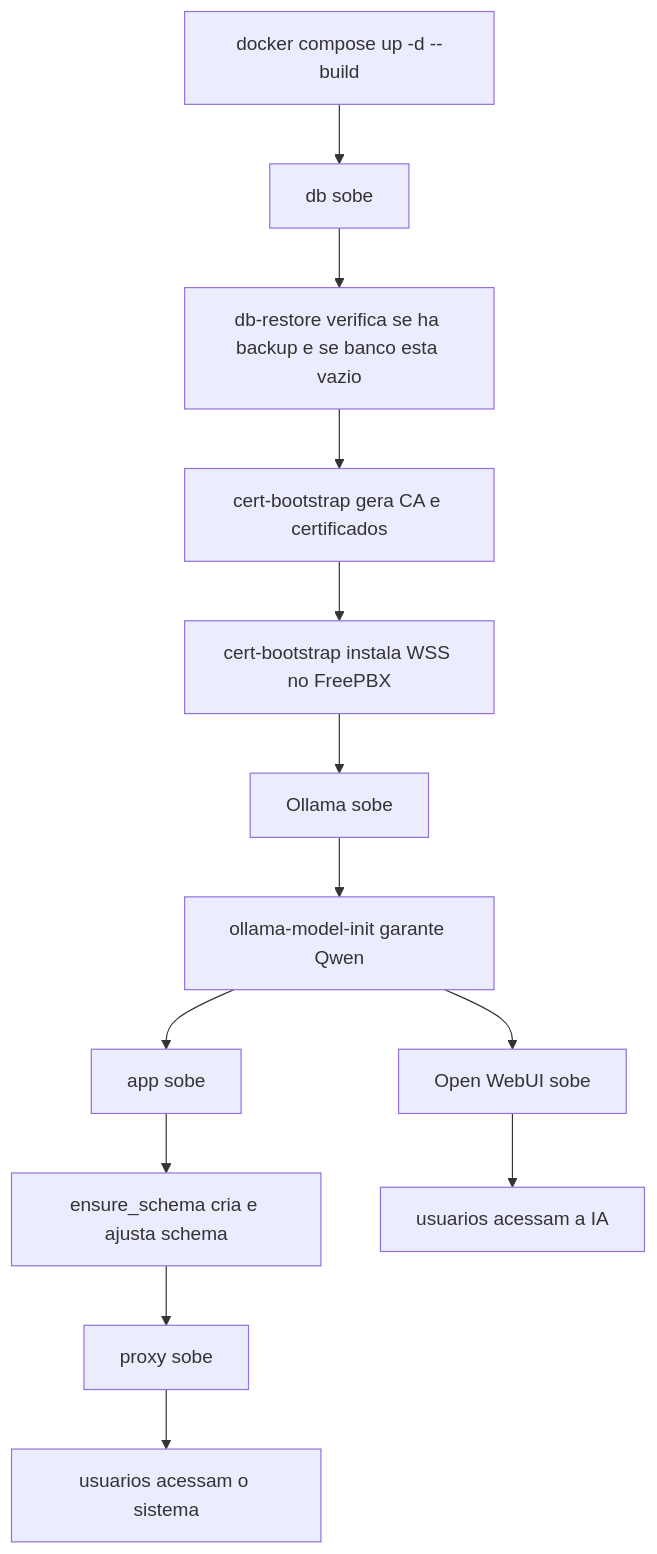
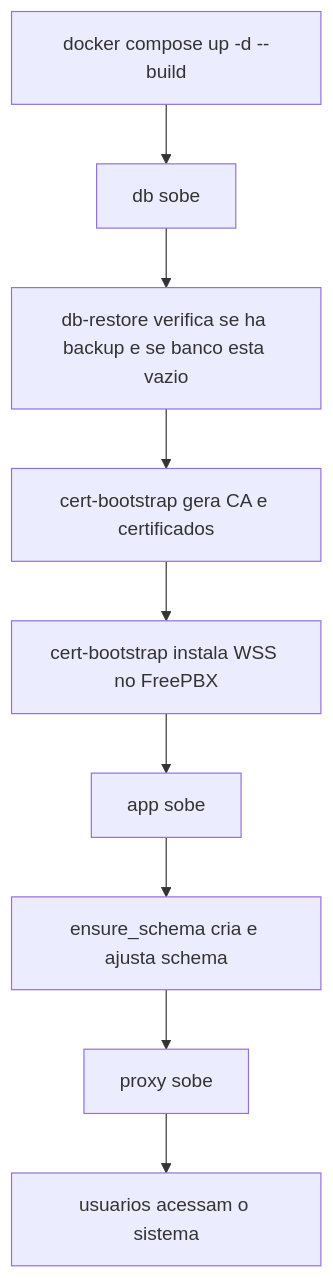
The second of 9 diagrams in apps/riob/source/docs/ARQUITETURA_SISTEMA.md (renansc/NanotechSoft), drawn with Mermaid before and after one commit. The commit also changed other lines of this file and 188 other files, not shown here.

````diff
--- a/apps/riob/source/docs/ARQUITETURA_SISTEMA.md
+++ b/apps/riob/source/docs/ARQUITETURA_SISTEMA.md
@@ -178,15 +154,11 @@
 ```mermaid
 flowchart TD
     A[docker compose up -d --build] --> B[db sobe]
     B --> C[db-restore verifica se ha backup e se banco esta vazio]
     C --> D[cert-bootstrap gera CA e certificados]
     D --> E[cert-bootstrap instala WSS no FreePBX]
-    E --> F[Ollama sobe]
-    F --> G[ollama-model-init garante Qwen]
-    G --> H[Open WebUI sobe]
-    G --> I[app sobe]
-    I --> J[ensure_schema cria e ajusta schema]
-    J --> K[proxy sobe]
-    H --> L[usuarios acessam a IA]
-    K --> M[usuarios acessam o sistema]
+    E --> F[app sobe]
+    F --> G[ensure_schema cria e ajusta schema]
+    G --> H[proxy sobe]
+    H --> I[usuarios acessam o sistema]
 ```
````
